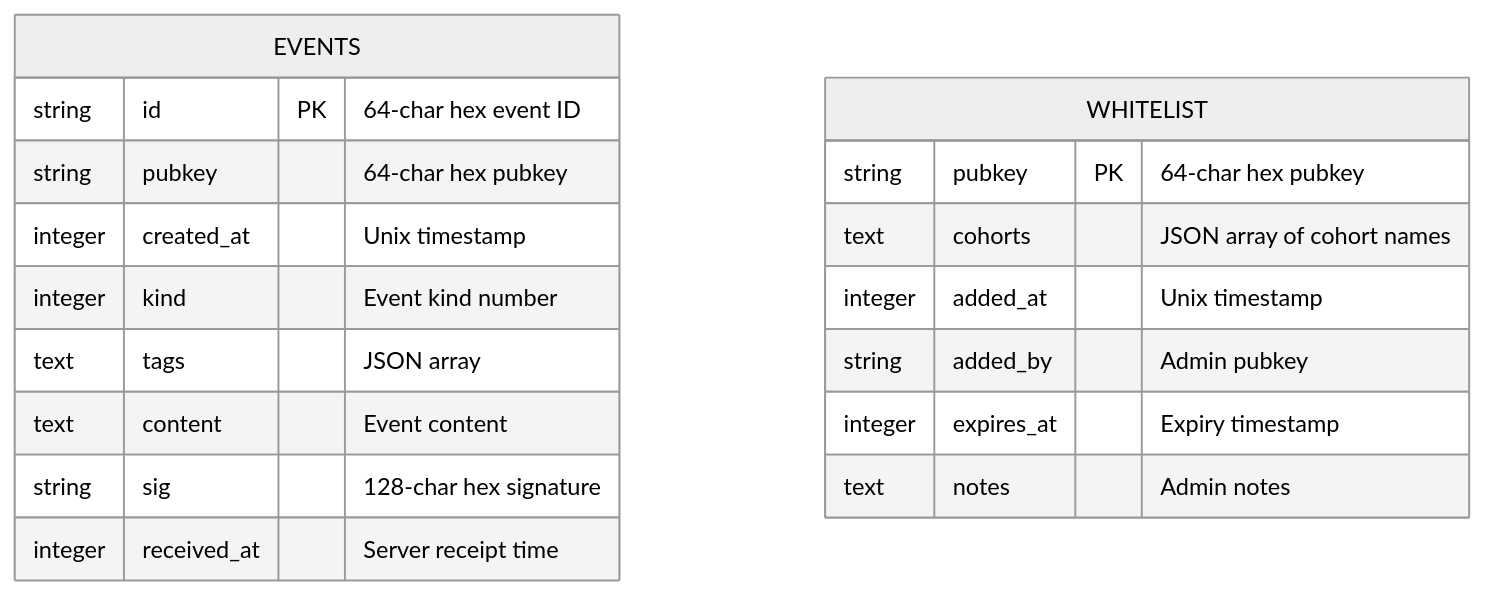
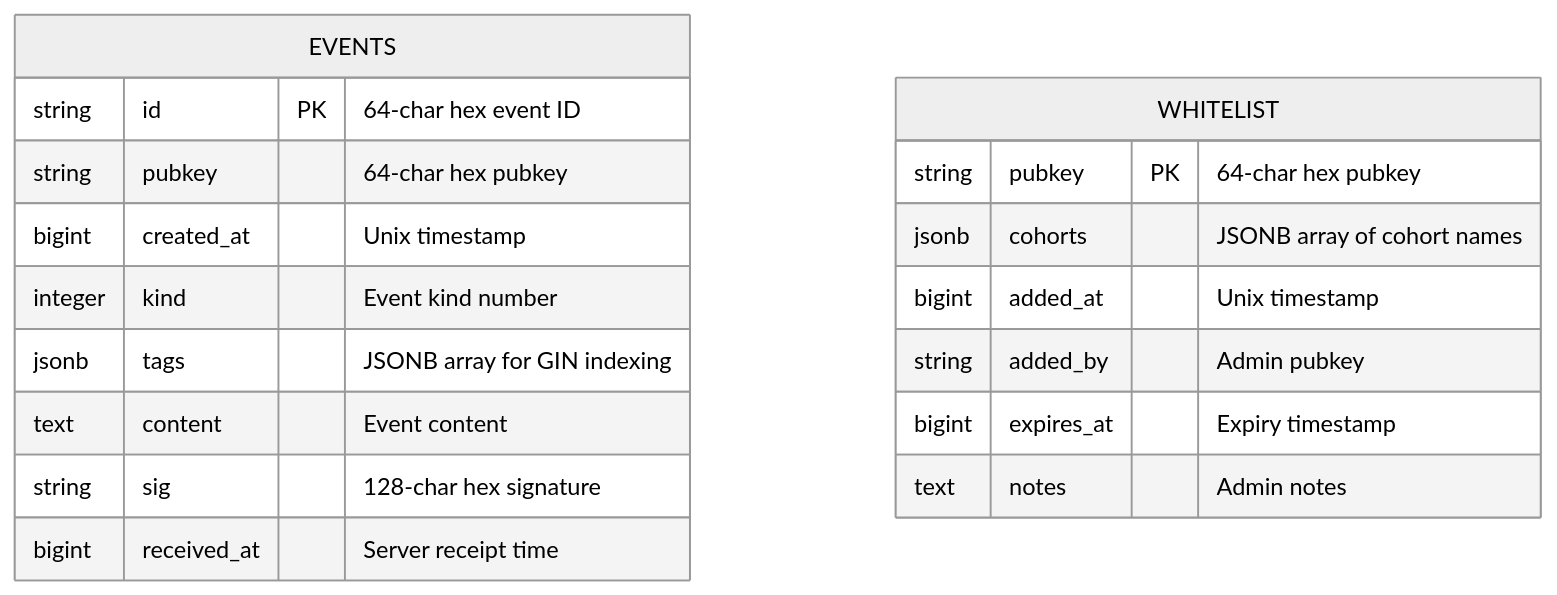
One commit to DreamLab-AI/fairfield changed the fourth of 11 diagrams in services/nostr-relay/docs/ARCHITECTURE.md. Above: the diagram before and after it, drawn with Mermaid (neutral theme). The commit also changed other lines of this file and 39 other files, not shown here.

````diff
--- a/services/nostr-relay/docs/ARCHITECTURE.md
+++ b/services/nostr-relay/docs/ARCHITECTURE.md
@@ -116,22 +116,22 @@
 ```mermaid
 erDiagram
     EVENTS {
         string id PK "64-char hex event ID"
         string pubkey "64-char hex pubkey"
-        integer created_at "Unix timestamp"
+        bigint created_at "Unix timestamp"
         integer kind "Event kind number"
-        text tags "JSON array"
+        jsonb tags "JSONB array for GIN indexing"
         text content "Event content"
         string sig "128-char hex signature"
-        integer received_at "Server receipt time"
+        bigint received_at "Server receipt time"
     }
 
     WHITELIST {
         string pubkey PK "64-char hex pubkey"
-        text cohorts "JSON array of cohort names"
-        integer added_at "Unix timestamp"
+        jsonb cohorts "JSONB array of cohort names"
+        bigint added_at "Unix timestamp"
         string added_by "Admin pubkey"
-        integer expires_at "Expiry timestamp"
+        bigint expires_at "Expiry timestamp"
         text notes "Admin notes"
     }
 ```
````
